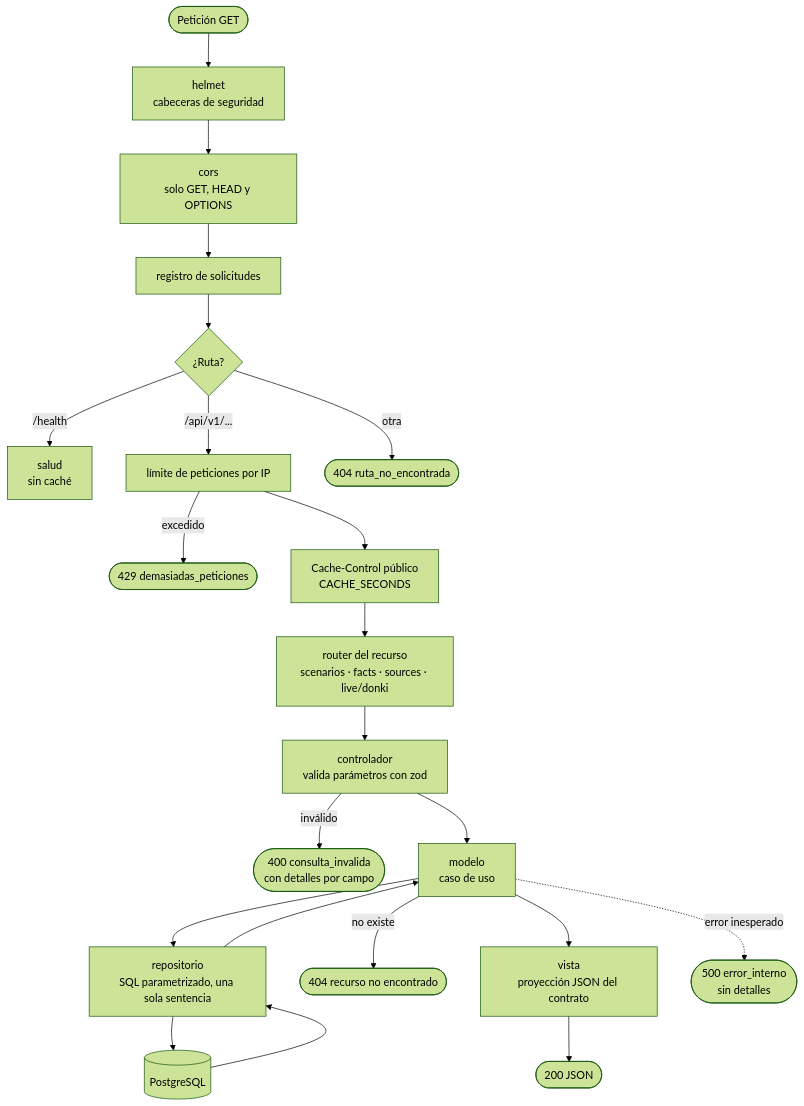
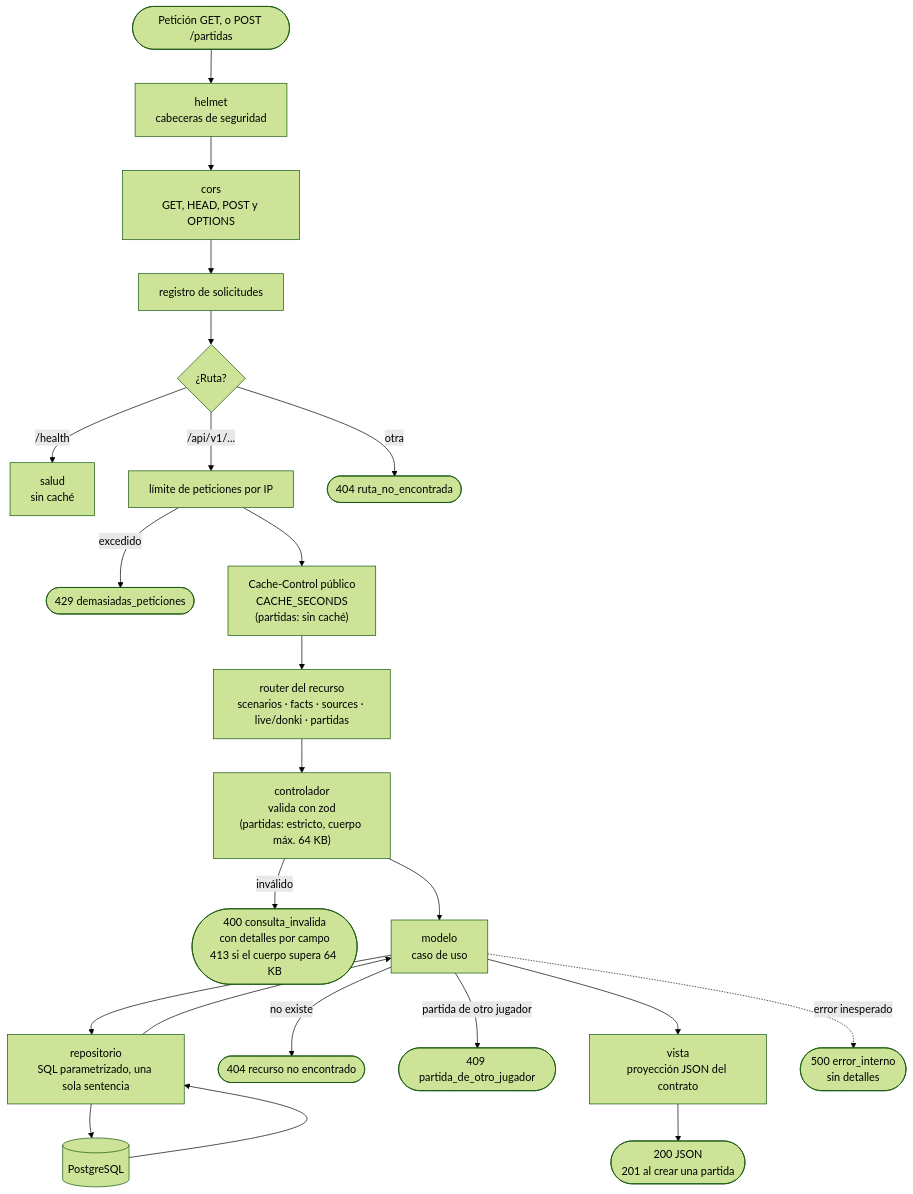
One commit to as9689138/juniorAstronautMissionTrainer_JIIMATZIN changed the diagram in docs/diagramas/flujo-07-peticion-http.mmd. Above: the diagram before and after it, drawn with Mermaid (forest theme). The commit also changed 29 other files, not shown here.

```diff
--- a/docs/diagramas/flujo-07-peticion-http.mmd
+++ b/docs/diagramas/flujo-07-peticion-http.mmd
@@ -1,24 +1,25 @@
 flowchart TD
-    REQ(["Petición GET"]) --> H["helmet<br/>cabeceras de seguridad"]
-    H --> CO["cors<br/>solo GET, HEAD y OPTIONS"]
+    REQ(["Petición GET, o POST /partidas"]) --> H["helmet<br/>cabeceras de seguridad"]
+    H --> CO["cors<br/>GET, HEAD, POST y OPTIONS"]
     CO --> LOG["registro de solicitudes"]
     LOG --> RT{"¿Ruta?"}
     RT -- "/health" --> SALUD["salud<br/>sin caché"]
     RT -- "/api/v1/..." --> RL["límite de peticiones por IP"]
     RL -- excedido --> E429(["429 demasiadas_peticiones"])
-    RL --> CA["Cache-Control público<br/>CACHE_SECONDS"]
-    CA --> ROUTER["router del recurso<br/>scenarios · facts · sources · live/donki"]
+    RL --> CA["Cache-Control público<br/>CACHE_SECONDS<br/>(partidas: sin caché)"]
+    CA --> ROUTER["router del recurso<br/>scenarios · facts · sources · live/donki · partidas"]
     RT -- otra --> E404R(["404 ruta_no_encontrada"])
 
-    ROUTER --> CT["controlador<br/>valida parámetros con zod"]
-    CT -- inválido --> E400(["400 consulta_invalida<br/>con detalles por campo"])
+    ROUTER --> CT["controlador<br/>valida con zod<br/>(partidas: estricto, cuerpo máx. 64 KB)"]
+    CT -- inválido --> E400(["400 consulta_invalida<br/>con detalles por campo<br/>413 si el cuerpo supera 64 KB"])
     CT --> MO["modelo<br/>caso de uso"]
     MO --> RP["repositorio<br/>SQL parametrizado, una sola sentencia"]
     RP --> PG[("PostgreSQL")]
     PG --> RP
     RP --> MO
     MO -- no existe --> E404(["404 recurso no encontrado"])
+    MO -- "partida de otro jugador" --> E409(["409 partida_de_otro_jugador"])
     MO --> VI["vista<br/>proyección JSON del contrato"]
-    VI --> OK(["200 JSON"])
+    VI --> OK(["200 JSON<br/>201 al crear una partida"])
 
     MO -. error inesperado .-> E500(["500 error_interno<br/>sin detalles"])
```
